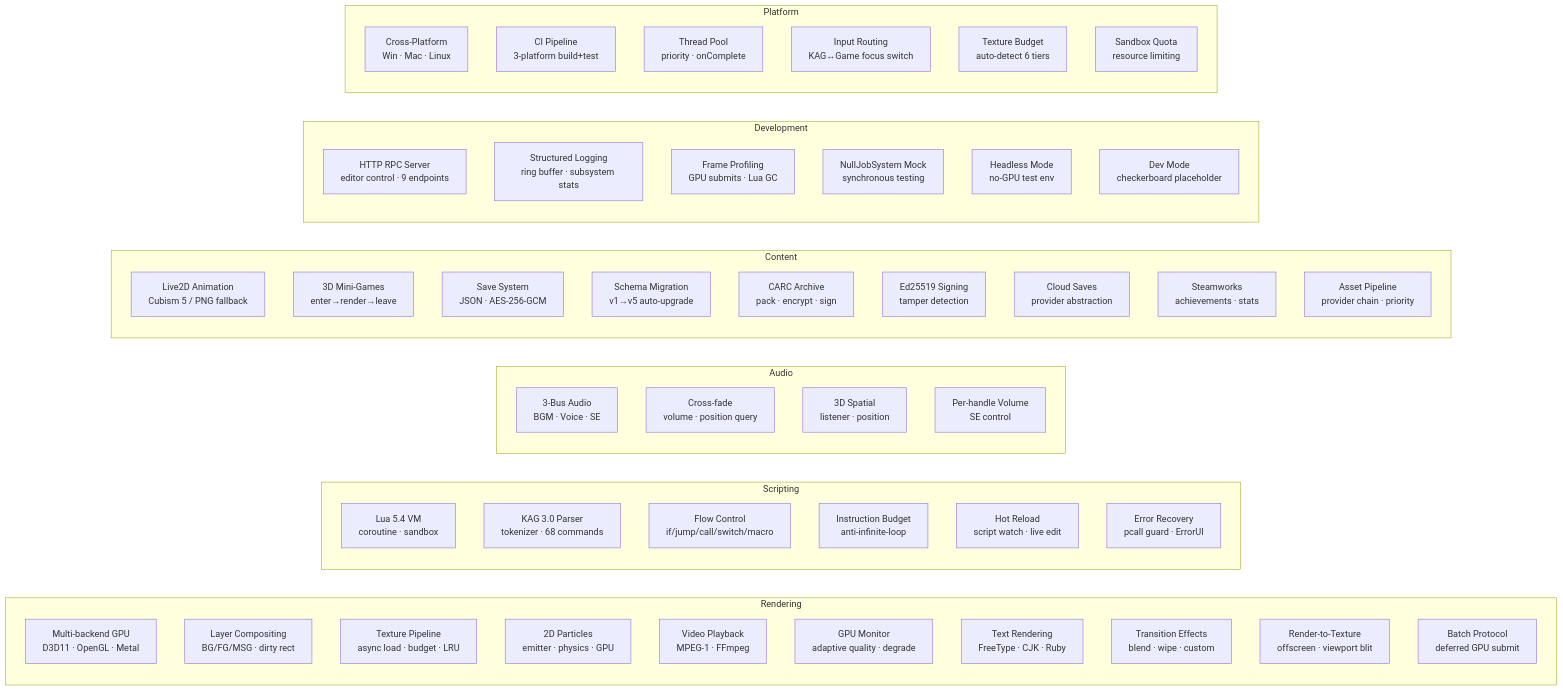
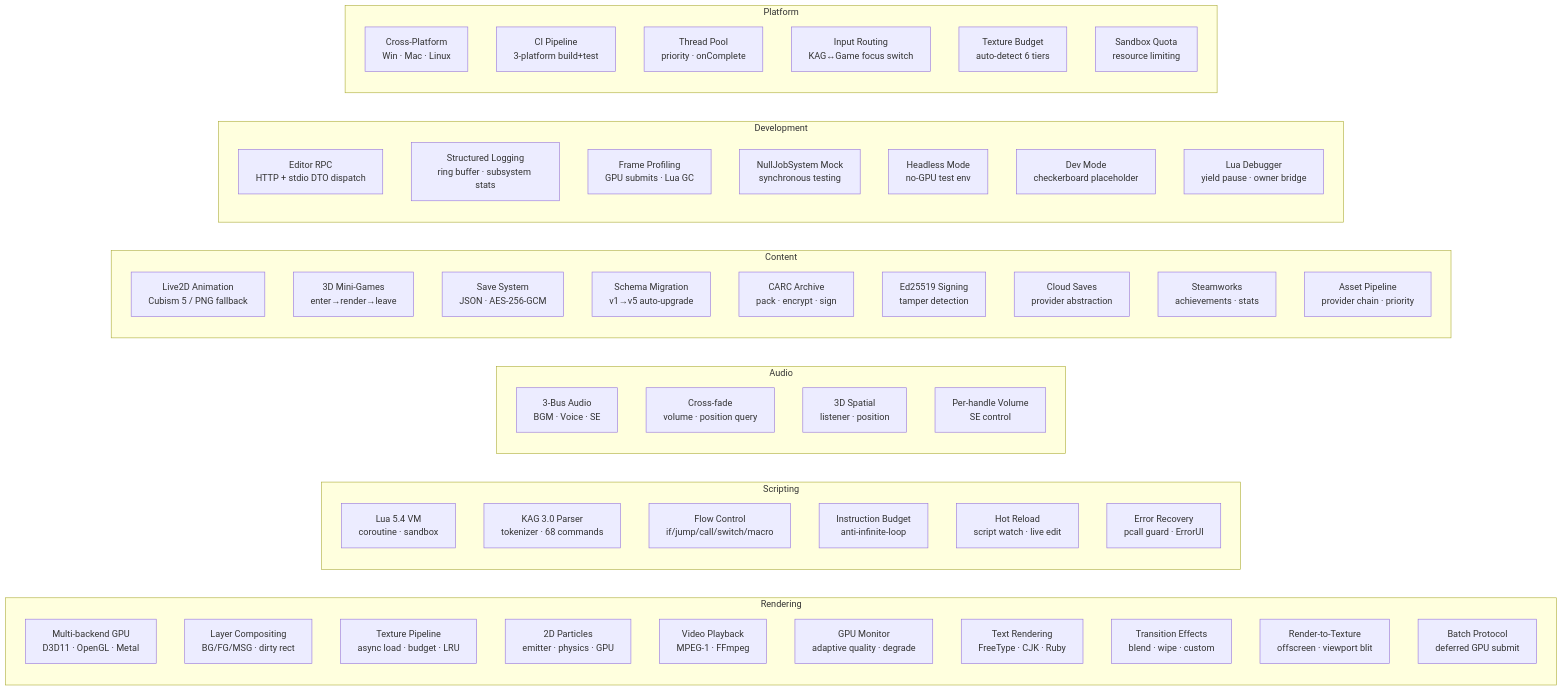
Before and after one commit to ailiasdesu/Caesura-AmeKAG: the diagram in docs/design/engine-capability-matrix.md, drawn with Mermaid. The commit also changed other lines of this file and 2104 other files, not shown here.

````diff
--- a/docs/design/engine-capability-matrix.md
+++ b/docs/design/engine-capability-matrix.md
@@ -3,61 +17,62 @@
 ```mermaid
 graph LR
     subgraph "Rendering"
         r1["Multi-backend GPU<br/>D3D11 · OpenGL · Metal"]
         r2["Layer Compositing<br/>BG/FG/MSG · dirty rect"]
         r3["Texture Pipeline<br/>async load · budget · LRU"]
         r4["2D Particles<br/>emitter · physics · GPU"]
         r5["Video Playback<br/>MPEG-1 · FFmpeg"]
         r6["GPU Monitor<br/>adaptive quality · degrade"]
         r7["Text Rendering<br/>FreeType · CJK · Ruby"]
         r8["Transition Effects<br/>blend · wipe · custom"]
         r9["Render-to-Texture<br/>offscreen · viewport blit"]
         r10["Batch Protocol<br/>deferred GPU submit"]
     end
 
     subgraph "Scripting"
         s1["Lua 5.4 VM<br/>coroutine · sandbox"]
         s2["KAG 3.0 Parser<br/>tokenizer · 68 commands"]
         s3["Flow Control<br/>if/jump/call/switch/macro"]
         s4["Instruction Budget<br/>anti-infinite-loop"]
         s5["Hot Reload<br/>script watch · live edit"]
         s6["Error Recovery<br/>pcall guard · ErrorUI"]
     end
 
     subgraph "Audio"
         a1["3-Bus Audio<br/>BGM · Voice · SE"]
         a2["Cross-fade<br/>volume · position query"]
         a3["3D Spatial<br/>listener · position"]
         a4["Per-handle Volume<br/>SE control"]
     end
 
     subgraph "Content"
         c1["Live2D Animation<br/>Cubism 5 / PNG fallback"]
         c2["3D Mini-Games<br/>enter→render→leave"]
         c3["Save System<br/>JSON · AES-256-GCM"]
         c4["Schema Migration<br/>v1→v5 auto-upgrade"]
         c5["CARC Archive<br/>pack · encrypt · sign"]
         c6["Ed25519 Signing<br/>tamper detection"]
         c7["Cloud Saves<br/>provider abstraction"]
         c8["Steamworks<br/>achievements · stats"]
         c9["Asset Pipeline<br/>provider chain · priority"]
     end
 
     subgraph "Development"
-        d1["HTTP RPC Server<br/>editor control · 9 endpoints"]
+        d1["Editor RPC<br/>HTTP + stdio DTO dispatch"]
         d2["Structured Logging<br/>ring buffer · subsystem stats"]
         d3["Frame Profiling<br/>GPU submits · Lua GC"]
         d4["NullJobSystem Mock<br/>synchronous testing"]
         d5["Headless Mode<br/>no-GPU test env"]
         d6["Dev Mode<br/>checkerboard placeholder"]
+        d7["Lua Debugger<br/>yield pause · owner bridge"]
     end
 
     subgraph "Platform"
         p1["Cross-Platform<br/>Win · Mac · Linux"]
         p2["CI Pipeline<br/>3-platform build+test"]
         p3["Thread Pool<br/>priority · onComplete"]
         p4["Input Routing<br/>KAG↔Game focus switch"]
         p5["Texture Budget<br/>auto-detect 6 tiers"]
         p6["Sandbox Quota<br/>resource limiting"]
     end
 ```
````
